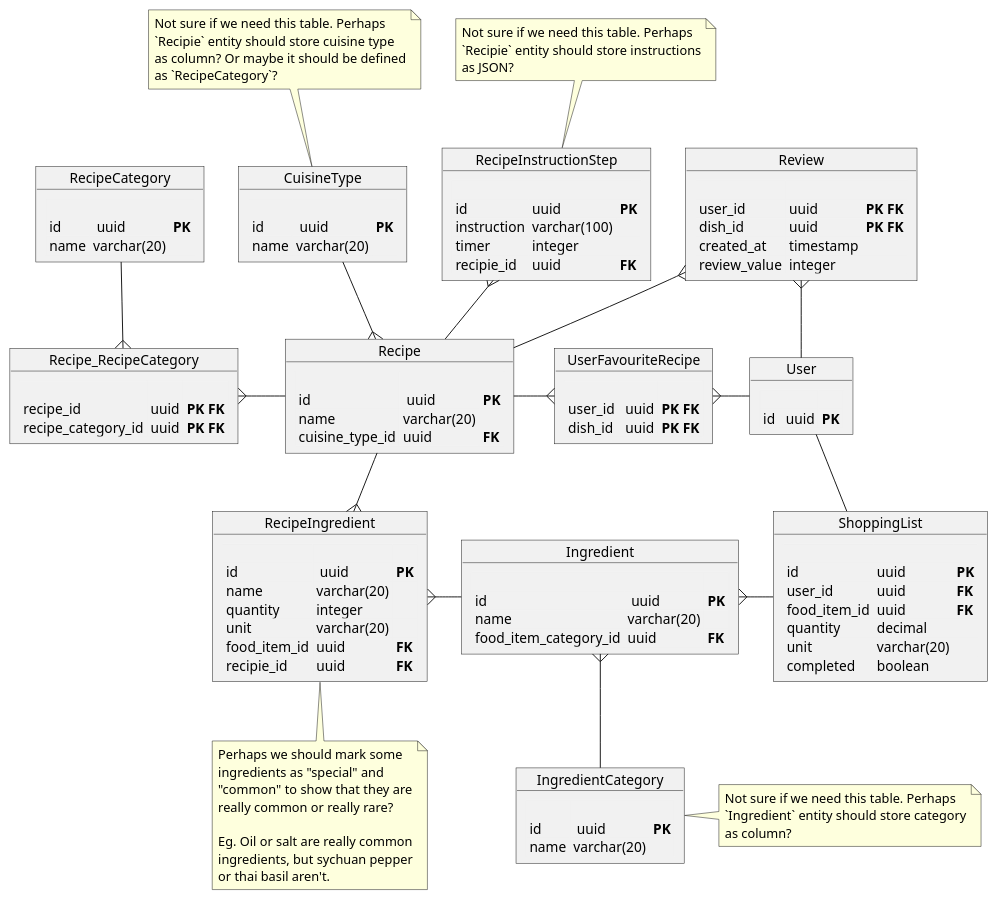
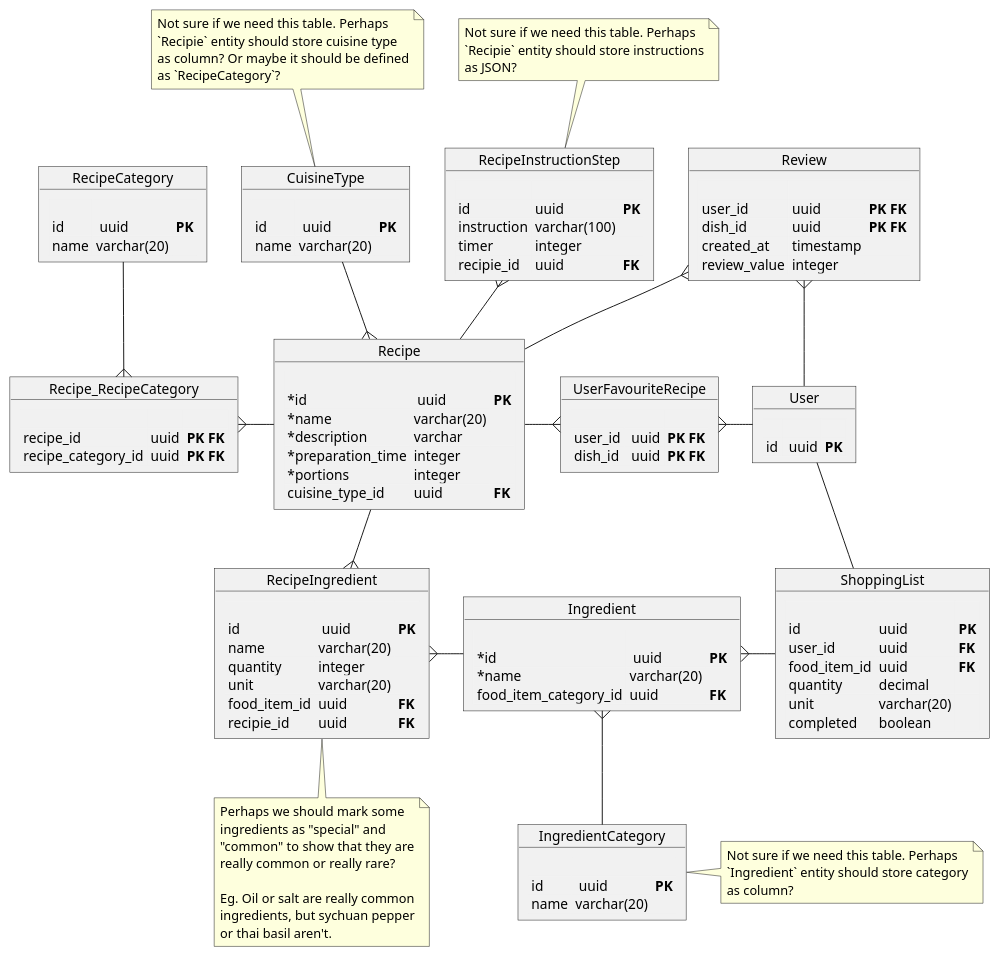
The diagram in docs/db-schema.puml (oskarski/inzynierka), drawn with PlantUML before and after one commit.

Commit message:
marked ready-for-import db schema fields

```diff
--- a/docs/db-schema.puml
+++ b/docs/db-schema.puml
@@ -1,130 +1,133 @@
 @startuml
 object Recipe  {
     <#F1F1F1,#F1F1F1>|= |= |= |
-    | id |  uuid | **PK** |
-    | name | varchar(20) |
+    | *id |  uuid | **PK** |
+    | *name | varchar(20) |
+    | *description | varchar |
+    | *preparation_time | integer |
+    | *portions | integer |
     | cuisine_type_id | uuid | **FK** |
 }
 
 object RecipeInstructionStep {
     <#F1F1F1,#F1F1F1>|= |= |= |
     | id | uuid | **PK** |
     | instruction | varchar(100) |
     | timer | integer |
     | recipie_id | uuid | **FK** |
 }
 
 note top of RecipeInstructionStep
     Not sure if we need this table. Perhaps
     `Recipie` entity should store instructions
     as JSON?
 end note
 
 object RecipeIngredient {
   <#F1F1F1,#F1F1F1>|= |= |= |
     | id |  uuid | **PK** |
     | name | varchar(20) |
     | quantity | integer |
     | unit | varchar(20) |
     | food_item_id | uuid| **FK** |
     | recipie_id | uuid | **FK** |
 }
 
 note bottom of RecipeIngredient
     Perhaps we should mark some
     ingredients as "special" and
     "common" to show that they are
     really common or really rare?
 
     Eg. Oil or salt are really common
     ingredients, but sychuan pepper
     or thai basil aren't.
 end note
 
 object Ingredient {
   <#F1F1F1,#F1F1F1>|= |= |= |
-    | id |  uuid | **PK** |
-    | name | varchar(20) |
+    | *id |  uuid | **PK** |
+    | *name | varchar(20) |
     | food_item_category_id | uuid | **FK** |
 }
 
 object IngredientCategory {
   <#F1F1F1,#F1F1F1>|= |= |= |
     | id |  uuid | **PK** |
     | name | varchar(20) |
 }
 
 note right of IngredientCategory
     Not sure if we need this table. Perhaps
     `Ingredient` entity should store category
     as column?
 end note
 
 object CuisineType {
     <#F1F1F1,#F1F1F1>|= |= |= |
     | id |  uuid | **PK** |
     | name | varchar(20) |
 }
 
 note top of CuisineType
     Not sure if we need this table. Perhaps
     `Recipie` entity should store cuisine type
     as column? Or maybe it should be defined
     as `RecipeCategory`?
 end note
 
 object RecipeCategory {
     <#F1F1F1,#F1F1F1>|= |= |= |
     | id |  uuid | **PK** |
     | name | varchar(20) |
 }
 
 object Recipe_RecipeCategory {
     <#F1F1F1,#F1F1F1>|= |= |= |
     | recipe_id | uuid | **PK FK** |
     | recipe_category_id | uuid | **PK FK** |
 }
 
 object User {
     <#F1F1F1,#F1F1F1>|= |= |= |
     | id |  uuid | **PK** |
 }
 
 object UserFavouriteRecipe {
     <#F1F1F1,#F1F1F1>|= |= |= |
     | user_id |  uuid | **PK FK** |
     | dish_id |  uuid | **PK FK** |
 }
 
 object Review {
     <#F1F1F1,#F1F1F1>|= |= |= |
     | user_id | uuid | **PK FK** |
     | dish_id | uuid | **PK FK** |
     | created_at | timestamp | |
     | review_value | integer | |
 }
 
 object ShoppingList {
     <#F1F1F1,#F1F1F1>|= |= |= |
     | id | uuid | **PK** |
     | user_id | uuid | **FK** |
     | food_item_id | uuid | **FK** |
     | quantity | decimal | |
     | unit | varchar(20) | |
     | completed | boolean | |
 }
 
 Recipe -down-{ RecipeIngredient
 RecipeInstructionStep }-- Recipe
 RecipeIngredient }-right- Ingredient
 Ingredient }-- IngredientCategory
 Recipe }-up- CuisineType
 Recipe -left-{ Recipe_RecipeCategory
 Recipe_RecipeCategory }-up- RecipeCategory
 Recipe -right-{ UserFavouriteRecipe
 UserFavouriteRecipe }-right- User
 Recipe -up-{ Review
 Review }-down- User
 User -- ShoppingList
 ShoppingList -left-{ Ingredient
 @enduml
```
